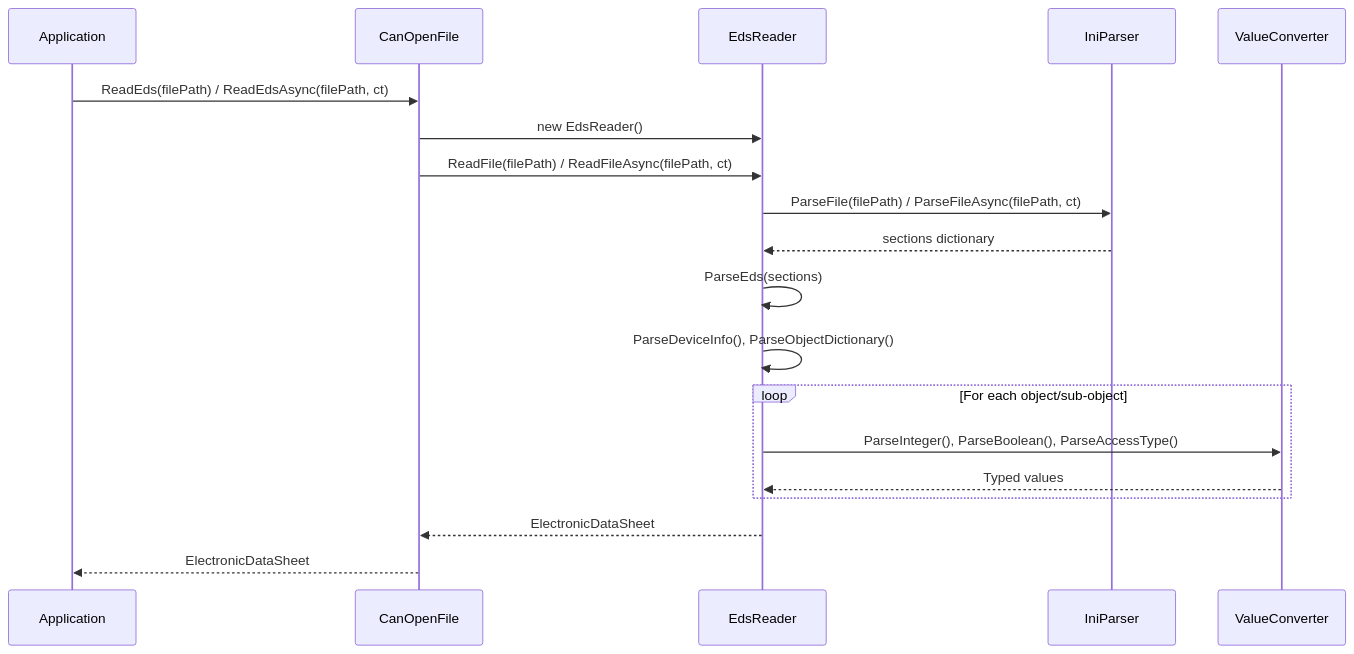
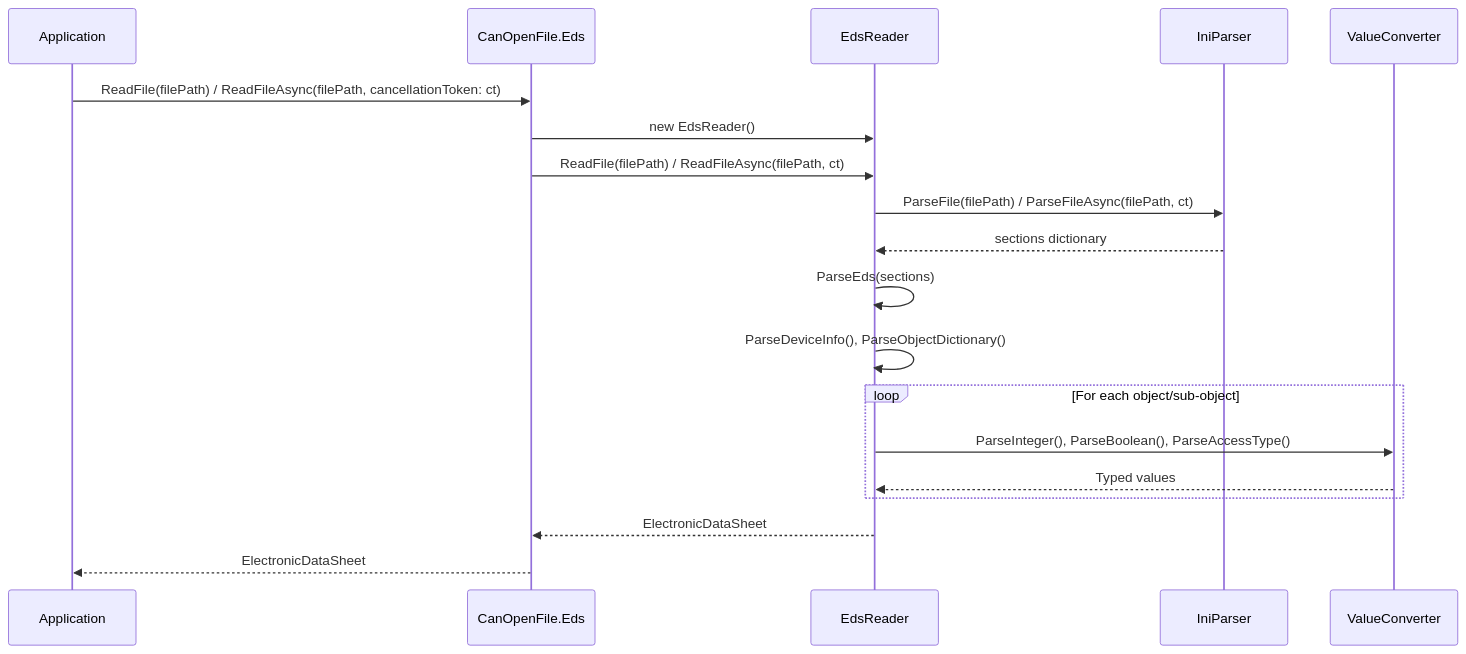
Before and after one commit to dborgards/eds-dcf-net: the first of 9 diagrams in docs/architecture/06-runtime-view.md, drawn with Mermaid. The commit also changed other lines of this file and 7 other files, not shown here.

First line of the commit message:
docs: align architecture docs, remarks, examples, README with 1.13 surface (#547) (#552)

````diff
--- a/docs/architecture/06-runtime-view.md
+++ b/docs/architecture/06-runtime-view.md
@@ -9,24 +11,24 @@
 ```mermaid
 sequenceDiagram
     participant App as Application
-    participant CF as CanOpenFile
+    participant CF as CanOpenFile.Eds
     participant ER as EdsReader
     participant IP as IniParser
     participant VC as ValueConverter
 
-    App->>CF: ReadEds(filePath) / ReadEdsAsync(filePath, ct)
+    App->>CF: ReadFile(filePath) / ReadFileAsync(filePath, cancellationToken: ct)
     CF->>ER: new EdsReader()
     CF->>ER: ReadFile(filePath) / ReadFileAsync(filePath, ct)
     ER->>IP: ParseFile(filePath) / ParseFileAsync(filePath, ct)
     IP-->>ER: sections dictionary
     ER->>ER: ParseEds(sections)
     ER->>ER: ParseDeviceInfo(), ParseObjectDictionary()
 
     loop For each object/sub-object
         ER->>VC: ParseInteger(), ParseBoolean(), ParseAccessType()
         VC-->>ER: Typed values
     end
 
     ER-->>CF: ElectronicDataSheet
     CF-->>App: ElectronicDataSheet
 ```
````
